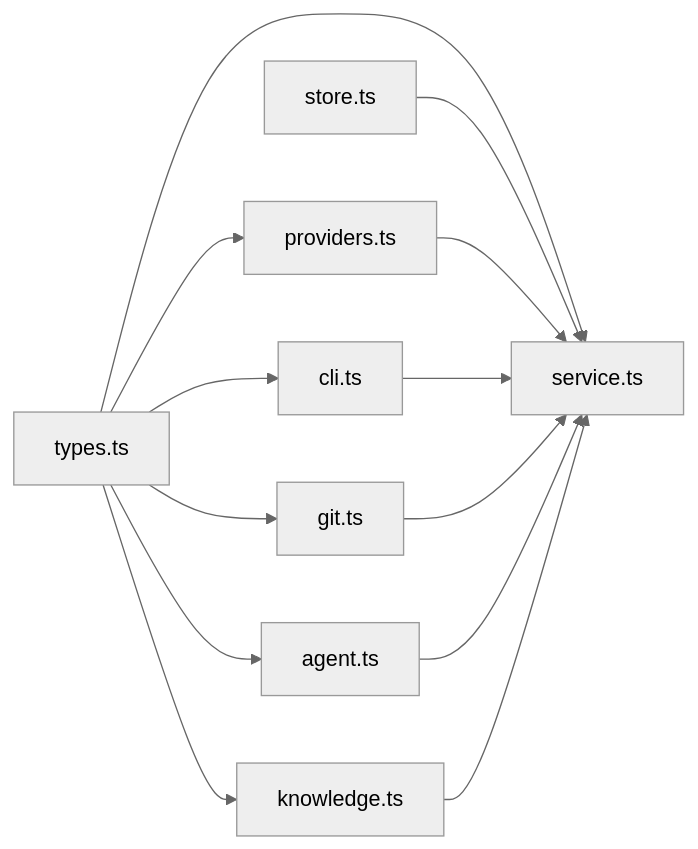
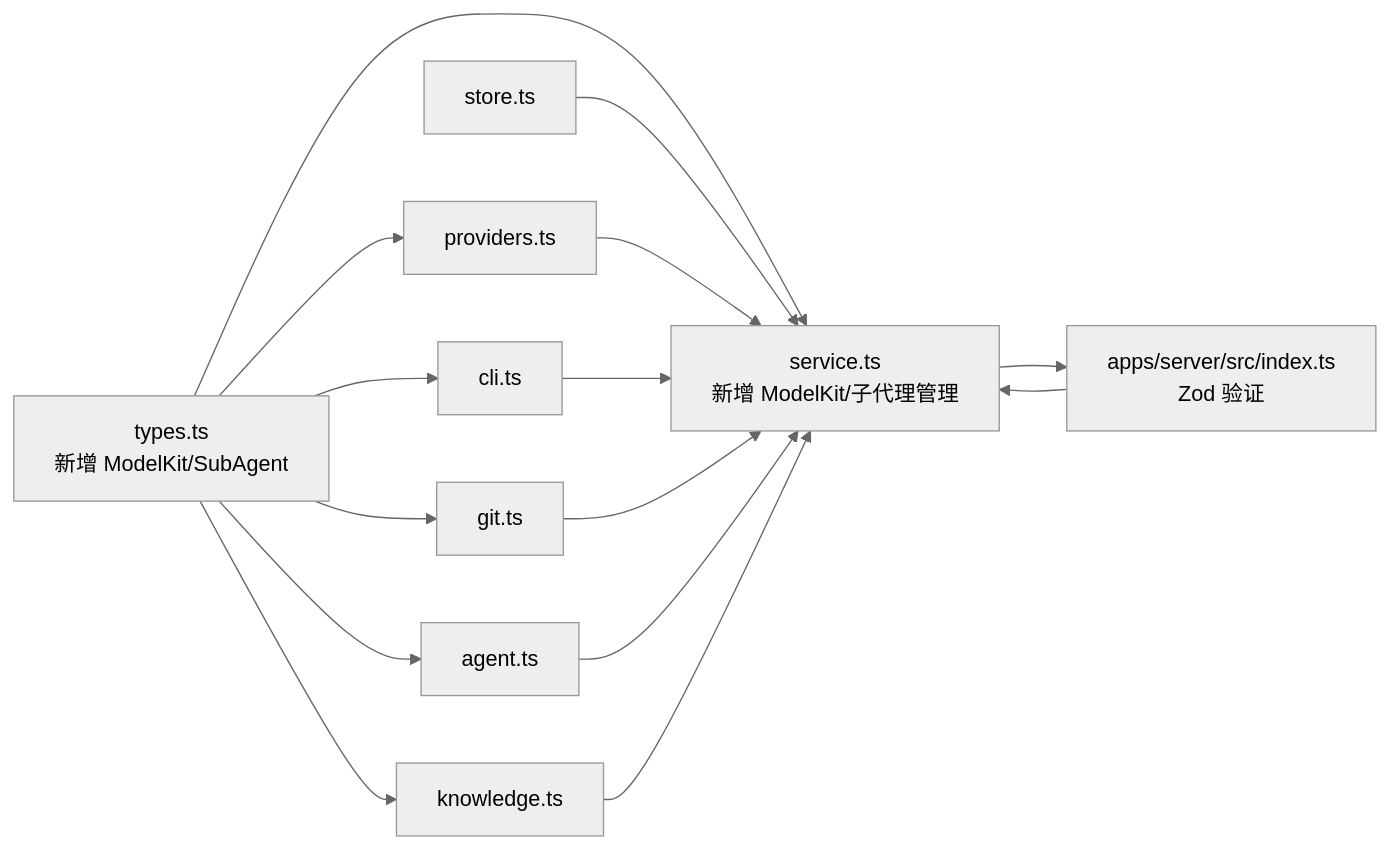
One commit to coconilu/RepoHelm changed the sixth of 6 diagrams in .qoder/repowiki/zh/content/数据模型和类型系统/数据模型和类型系统.md. Above: the diagram before and after it, drawn with Mermaid (neutral theme). The commit also changed other lines of this file and 14 other files, not shown here.

First line of the commit message:
Add ModelKit and Sub-Agent features

````diff
--- a/.qoder/repowiki/zh/content/数据模型和类型系统/数据模型和类型系统.md
+++ b/.qoder/repowiki/zh/content/数据模型和类型系统/数据模型和类型系统.md
@@ -436,15 +584,17 @@
 ```mermaid
 graph LR
-Types["types.ts"] --> Service["service.ts"]
+Types["types.ts<br/>新增 ModelKit/SubAgent"] --> Service["service.ts<br/>新增 ModelKit/子代理管理"]
 Types --> Agent["agent.ts"]
 Types --> Git["git.ts"]
 Types --> Providers["providers.ts"]
 Types --> CLI["cli.ts"]
 Types --> Knowledge["knowledge.ts"]
 Store["store.ts"] --> Service
 Providers --> Service
 CLI --> Service
 Git --> Service
 Agent --> Service
 Knowledge --> Service
+API["apps/server/src/index.ts<br/>Zod 验证"] --> Service
+Service --> API
 ```
````
